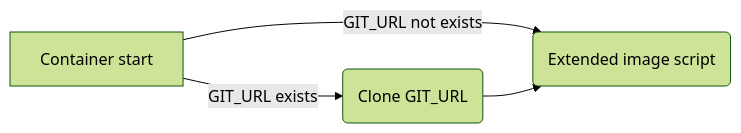
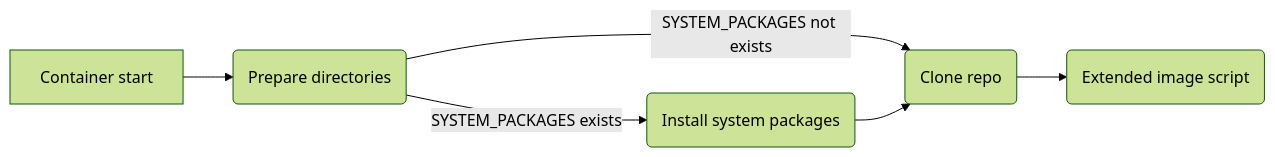
Before and after one commit to wolf-yuan-6115/dolphin: the first of 2 diagrams in README.md, drawn with Mermaid (forest theme). The commit also changed other lines of this file, not shown here.

````diff
--- a/README.md
+++ b/README.md
@@ -63,6 +75,8 @@
 ```mermaid
 flowchart LR
-    A[Container start] -->|GIT_URL exists| B(Clone GIT_URL)
-    A[Container start] -->|GIT_URL not exists| D(Extended image script)
-    B --> D(Extended image script)
+    A[Container start] --> B(Prepare directories)
+    B -->|SYSTEM_PACKAGES exists| C(Install system packages)
+    B -->|SYSTEM_PACKAGES not exists| D(Clone repo)
+    C --> D
+    D --> E(Extended image script)
 ```
````
